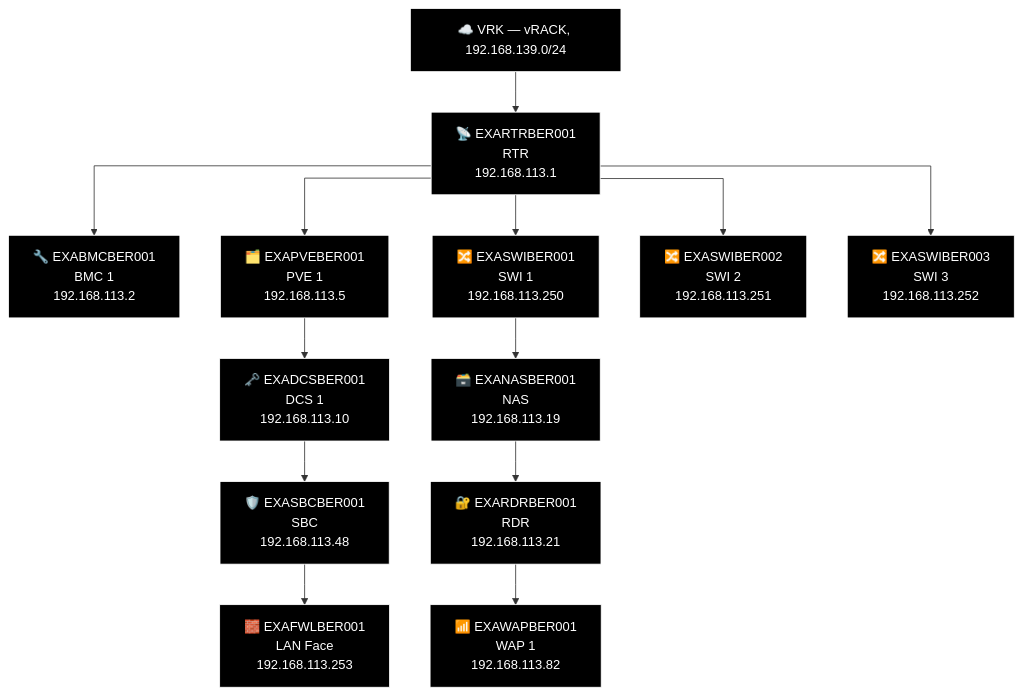
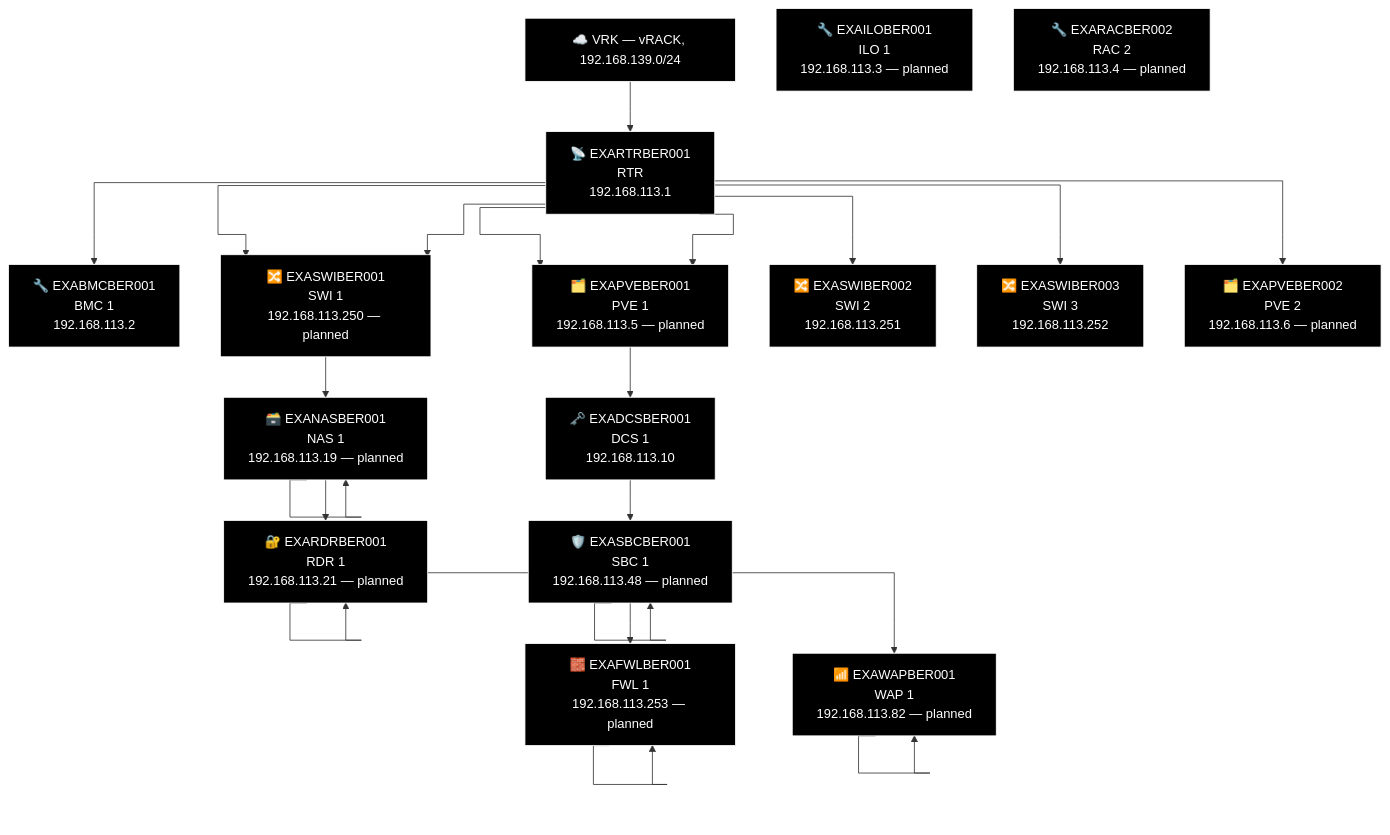
The sixth of 13 diagrams in docs/network-diagram/deutschland.md (knightmare2600/example_music_infra), drawn with Mermaid before and after one commit. The commit also changed other lines of this file and 12 other files, not shown here.

````diff
--- a/docs/network-diagram/deutschland.md
+++ b/docs/network-diagram/deutschland.md
@@ -230,40 +244,63 @@
 ```mermaid
 %% GENERATED:TOPOLOGY:BER:START
 %%{init: {'flowchart': {'curve': 'stepAfter'}}}%%
 graph TD
     T_VRK["☁️ VRK — vRACK, 192.168.139.0/24"]
     T_RTR["📡 EXARTRBER001<br/>RTR<br/>192.168.113.1"]
     T_VRK --> T_RTR
     T_BMC["🔧 EXABMCBER001<br/>BMC 1<br/>192.168.113.2"]
     T_RTR --> T_BMC
     T_PVE["🗂️ EXAPVEBER001<br/>PVE 1<br/>192.168.113.5"]
     T_RTR --> T_PVE
     T_SWI["🔀 EXASWIBER001<br/>SWI 1<br/>192.168.113.250"]
     T_RTR --> T_SWI
     T_SWI2["🔀 EXASWIBER002<br/>SWI 2<br/>192.168.113.251"]
     T_RTR --> T_SWI2
     T_SWI3["🔀 EXASWIBER003<br/>SWI 3<br/>192.168.113.252"]
     T_RTR --> T_SWI3
+    T_SWI["🔀 EXASWIBER001<br/>SWI 1<br/>192.168.113.250 — planned"]
+    T_RTR --> T_SWI
+    T_PVE["🗂️ EXAPVEBER001<br/>PVE 1<br/>192.168.113.5 — planned"]
+    T_RTR --> T_PVE
+    T_PVE2["🗂️ EXAPVEBER002<br/>PVE 2<br/>192.168.113.6 — planned"]
+    T_RTR --> T_PVE2
     T_NAS["🗃️ EXANASBER001<br/>NAS<br/>192.168.113.19"]
+    T_NAS["🗃️ EXANASBER001<br/>NAS 1<br/>192.168.113.19 — planned"]
     T_RDR["🔐 EXARDRBER001<br/>RDR<br/>192.168.113.21"]
+    T_RDR["🔐 EXARDRBER001<br/>RDR 1<br/>192.168.113.21 — planned"]
     T_WAP["📶 EXAWAPBER001<br/>WAP 1<br/>192.168.113.82"]
-    T_SWI --> T_NAS --> T_RDR --> T_WAP
+    T_WAP["📶 EXAWAPBER001<br/>WAP 1<br/>192.168.113.82 — planned"]
+    T_SWI --> T_NAS --> T_NAS --> T_RDR --> T_RDR --> T_WAP --> T_WAP
     T_DCS["🗝️ EXADCSBER001<br/>DCS 1<br/>192.168.113.10"]
     T_SBC["🛡️ EXASBCBER001<br/>SBC<br/>192.168.113.48"]
+    T_SBC["🛡️ EXASBCBER001<br/>SBC 1<br/>192.168.113.48 — planned"]
     T_FWL["🧱 EXAFWLBER001<br/>LAN Face<br/>192.168.113.253"]
-    T_PVE --> T_DCS --> T_SBC --> T_FWL
+    T_FWL["🧱 EXAFWLBER001<br/>FWL 1<br/>192.168.113.253 — planned"]
+    T_PVE --> T_DCS --> T_SBC --> T_SBC --> T_FWL --> T_FWL
+    T_ILO["🔧 EXAILOBER001<br/>ILO 1<br/>192.168.113.3 — planned"]
+    T_RAC["🔧 EXARACBER002<br/>RAC 2<br/>192.168.113.4 — planned"]
     style T_VRK fill:#000000,stroke:#FFFFFF,color:#FFFFFF
     style T_RTR fill:#000000,stroke:#FFFFFF,color:#FFFFFF
     style T_BMC fill:#000000,stroke:#FFFFFF,color:#FFFFFF
     style T_PVE fill:#000000,stroke:#FFFFFF,color:#FFFFFF
     style T_SWI fill:#000000,stroke:#FFFFFF,color:#FFFFFF
     style T_SWI2 fill:#000000,stroke:#FFFFFF,color:#FFFFFF
     style T_SWI3 fill:#000000,stroke:#FFFFFF,color:#FFFFFF
+    style T_SWI fill:#000000,stroke:#FFFFFF,color:#FFFFFF
+    style T_PVE fill:#000000,stroke:#FFFFFF,color:#FFFFFF
+    style T_PVE2 fill:#000000,stroke:#FFFFFF,color:#FFFFFF
+    style T_NAS fill:#000000,stroke:#FFFFFF,color:#FFFFFF
     style T_NAS fill:#000000,stroke:#FFFFFF,color:#FFFFFF
     style T_RDR fill:#000000,stroke:#FFFFFF,color:#FFFFFF
+    style T_RDR fill:#000000,stroke:#FFFFFF,color:#FFFFFF
+    style T_WAP fill:#000000,stroke:#FFFFFF,color:#FFFFFF
     style T_WAP fill:#000000,stroke:#FFFFFF,color:#FFFFFF
     style T_DCS fill:#000000,stroke:#FFFFFF,color:#FFFFFF
     style T_SBC fill:#000000,stroke:#FFFFFF,color:#FFFFFF
+    style T_SBC fill:#000000,stroke:#FFFFFF,color:#FFFFFF
     style T_FWL fill:#000000,stroke:#FFFFFF,color:#FFFFFF
+    style T_FWL fill:#000000,stroke:#FFFFFF,color:#FFFFFF
+    style T_ILO fill:#000000,stroke:#FFFFFF,color:#FFFFFF
+    style T_RAC fill:#000000,stroke:#FFFFFF,color:#FFFFFF
 %% GENERATED:TOPOLOGY:BER:END
 ```
````
